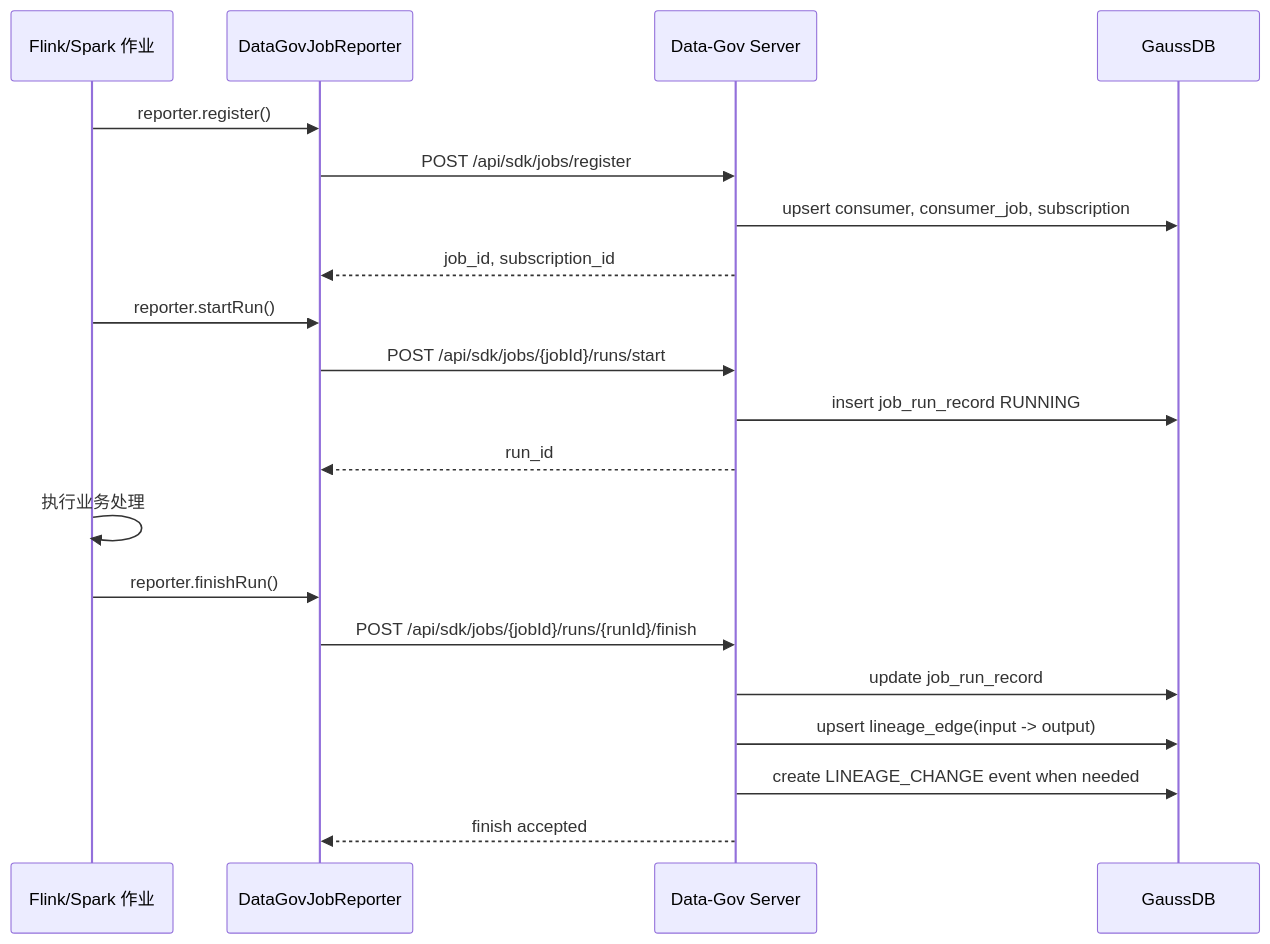
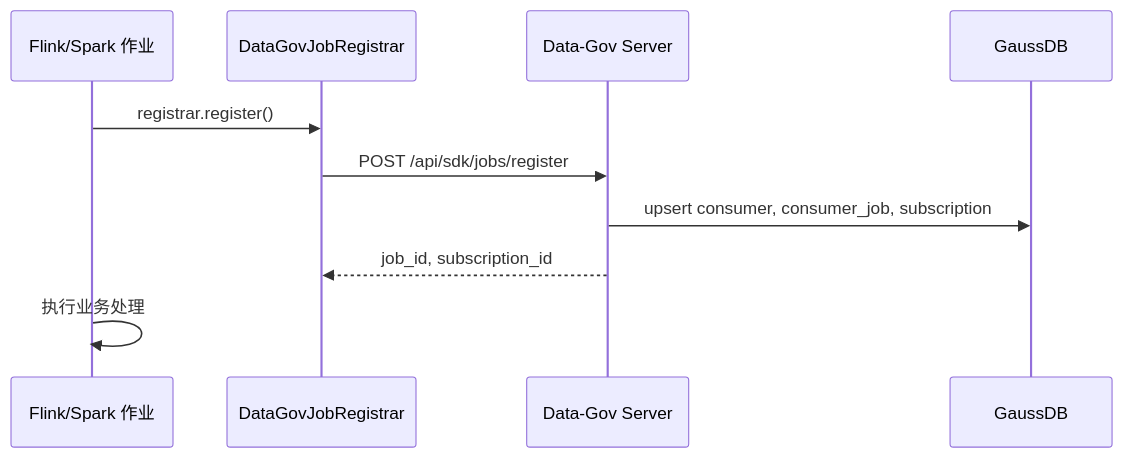
The seventh of 10 diagrams in docs/superpowers/specs/2026-06-10-data-product-governance-design.md (w00125533/data-gov), drawn with Mermaid before and after one commit. The commit also changed other lines of this file, not shown here.

Commit message:
docs: revise sdk notification and job declaration design

````diff
--- a/docs/superpowers/specs/2026-06-10-data-product-governance-design.md
+++ b/docs/superpowers/specs/2026-06-10-data-product-governance-design.md
@@ -1108,23 +1081,13 @@
 ```mermaid
 sequenceDiagram
     participant Job as Flink/Spark 作业
-    participant SDK as DataGovJobReporter
+    participant SDK as DataGovJobRegistrar
     participant Server as Data-Gov Server
     participant DB as GaussDB
 
-    Job->>SDK: reporter.register()
+    Job->>SDK: registrar.register()
     SDK->>Server: POST /api/sdk/jobs/register
     Server->>DB: upsert consumer, consumer_job, subscription
     Server-->>SDK: job_id, subscription_id
-    Job->>SDK: reporter.startRun()
-    SDK->>Server: POST /api/sdk/jobs/{jobId}/runs/start
-    Server->>DB: insert job_run_record RUNNING
-    Server-->>SDK: run_id
     Job->>Job: 执行业务处理
-    Job->>SDK: reporter.finishRun()
-    SDK->>Server: POST /api/sdk/jobs/{jobId}/runs/{runId}/finish
-    Server->>DB: update job_run_record
-    Server->>DB: upsert lineage_edge(input -> output)
-    Server->>DB: create LINEAGE_CHANGE event when needed
-    Server-->>SDK: finish accepted
 ```
````
